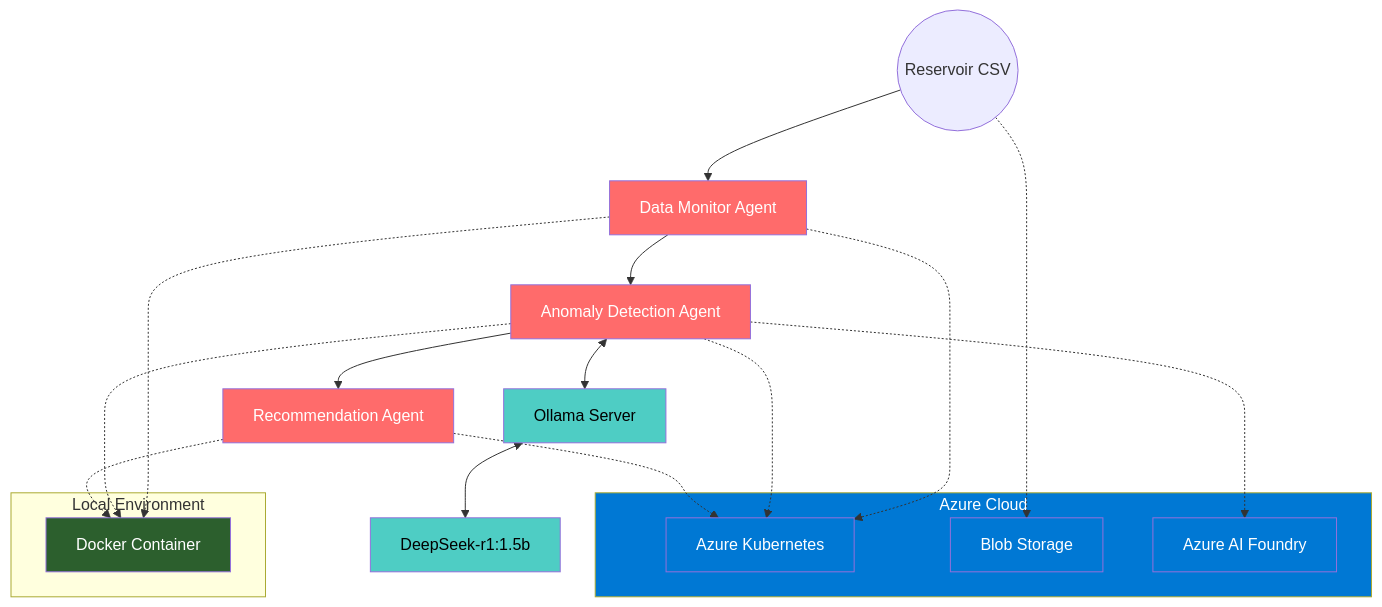
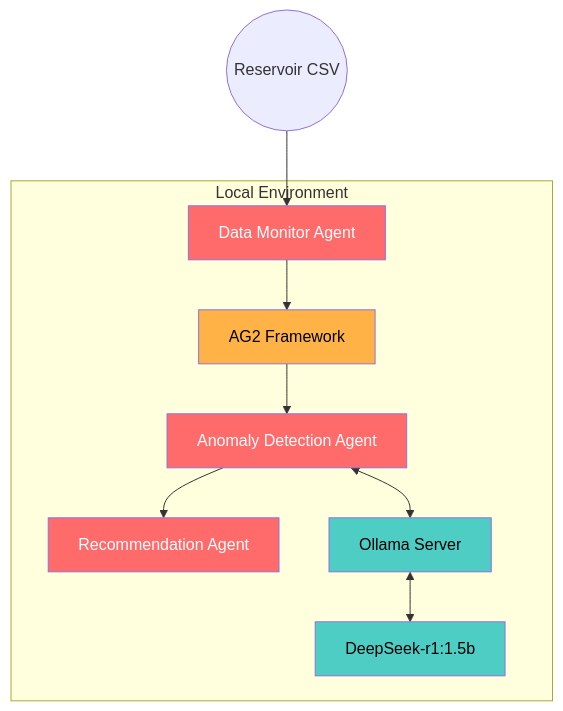
Before and after one commit to hamzaelghoujdami/reservoir-ai: the diagram in README.md, drawn with Mermaid.

````diff
--- a/README.md
+++ b/README.md
@@ -19,39 +19,25 @@
 ```mermaid
 graph TD
     CSV((Reservoir CSV)) --> DMA[Data Monitor Agent]
-    DMA --> ADA[Anomaly Detection Agent]
+    DMA --> AG2[AG2 Framework]
+    AG2 --> ADA[Anomaly Detection Agent]
     ADA --> RA[Recommendation Agent]
     ADA <--> OLLAMA[Ollama Server]
     OLLAMA <--> DS[DeepSeek-r1:1.5b]
     
-    subgraph Local["Local Environment"]
-        DOCKER[Docker Container]
+    subgraph "Local Environment"
+        AG2
+        DMA
+        ADA
+        RA
+        OLLAMA
+        DS
     end
-    
-    subgraph Azure["Azure Cloud"]
-        AKS[Azure Kubernetes]
-        BLOB[Blob Storage]
-        AIF[Azure AI Foundry]
-    end
-    
-    DMA -.-> DOCKER
-    ADA -.-> DOCKER
-    RA -.-> DOCKER
-    
-    DMA -.-> AKS
-    ADA -.-> AKS
-    RA -.-> AKS
-    CSV -.-> BLOB
-    ADA -.-> AIF
     
     style DMA fill:#FF6B6B,color:white
     style ADA fill:#FF6B6B,color:white
     style RA fill:#FF6B6B,color:white
+    style AG2 fill:#FFB347,color:black
     style OLLAMA fill:#4ECDC4,color:black
     style DS fill:#4ECDC4,color:black
-    style DOCKER fill:#2C5F2D,color:white
-    style Azure fill:#0078D4,color:white
-    style AKS fill:#0078D4,color:white
-    style BLOB fill:#0078D4,color:white
-    style AIF fill:#0078D4,color:white
 ```
````
